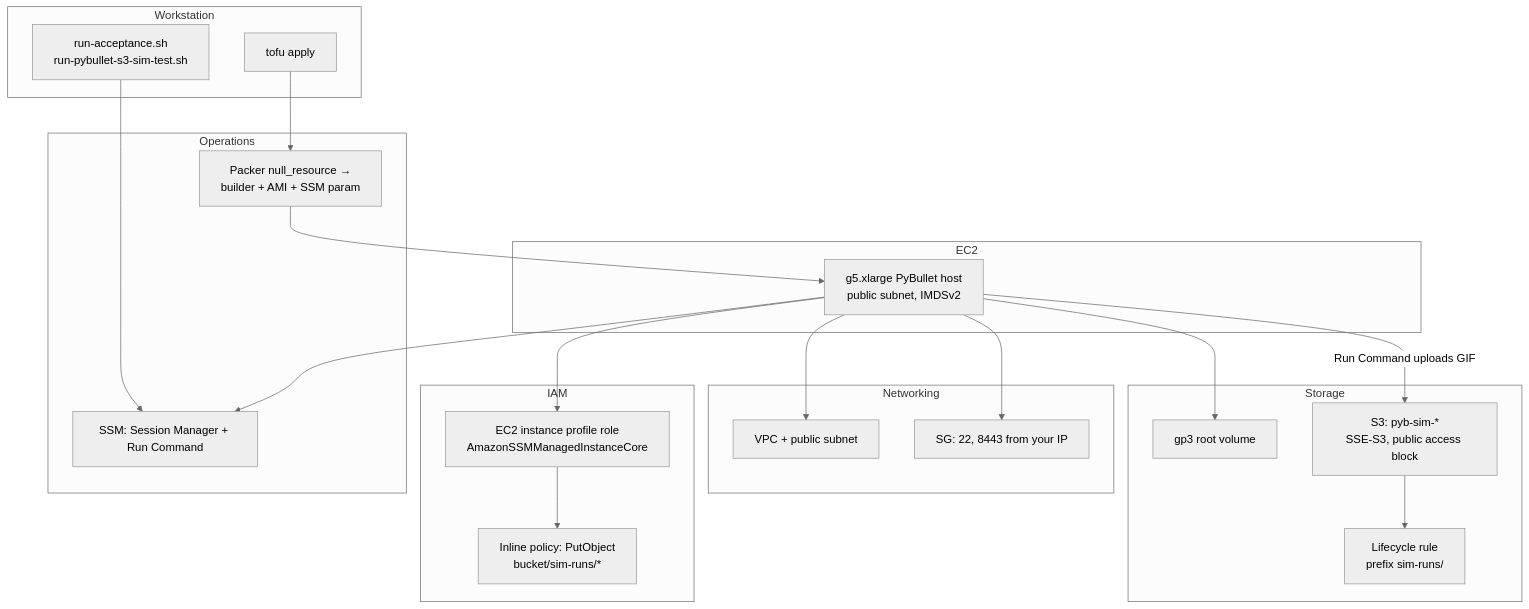
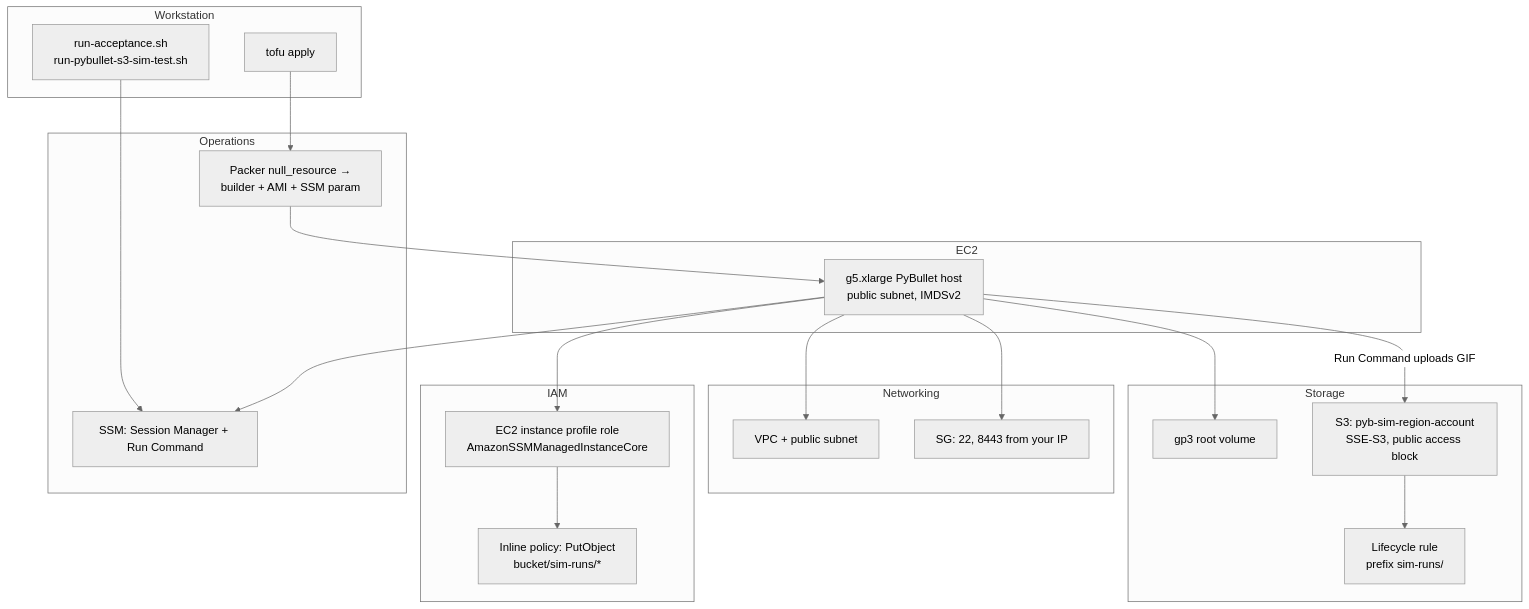
Before and after one commit to rubencg195/aws-pybullet-environment: the sixth of 6 diagrams in README.md, drawn with Mermaid (neutral theme). The commit also changed other lines of this file and 4 other files, not shown here.

````diff
--- a/README.md
+++ b/README.md
@@ -182,43 +190,43 @@
 ```mermaid
 flowchart TB
   subgraph iam["IAM"]
     EC2R["EC2 instance profile role\nAmazonSSMManagedInstanceCore"]
     S3POL["Inline policy: PutObject\nbucket/sim-runs/*"]
     EC2R --> S3POL
   end
 
   subgraph compute["EC2"]
     INST["g5.xlarge PyBullet host\npublic subnet, IMDSv2"]
     INST --> EC2R
   end
 
   subgraph net["Networking"]
     VPCN["VPC + public subnet"]
     SGN["SG: 22, 8443 from your IP"]
     INST --> VPCN
     INST --> SGN
   end
 
   subgraph storage["Storage"]
     VOL["gp3 root volume"]
     INST --> VOL
-    BKT["S3: pyb-sim-*\nSSE-S3, public access block"]
+    BKT["S3: pyb-sim-region-account\nSSE-S3, public access block"]
     BKT --> LIFE["Lifecycle rule\nprefix sim-runs/"]
   end
 
   subgraph ops["Operations"]
     SSM["SSM: Session Manager + Run Command"]
     PKR["Packer null_resource →\nbuilder + AMI + SSM param"]
     INST --> SSM
     PKR --> INST
   end
 
   subgraph client2["Workstation"]
     TOFU2["tofu apply"]
     SCR["run-acceptance.sh\nrun-pybullet-s3-sim-test.sh"]
     TOFU2 --> PKR
     SCR --> SSM
   end
 
   INST -->|"Run Command uploads GIF"| BKT
 ```
````
